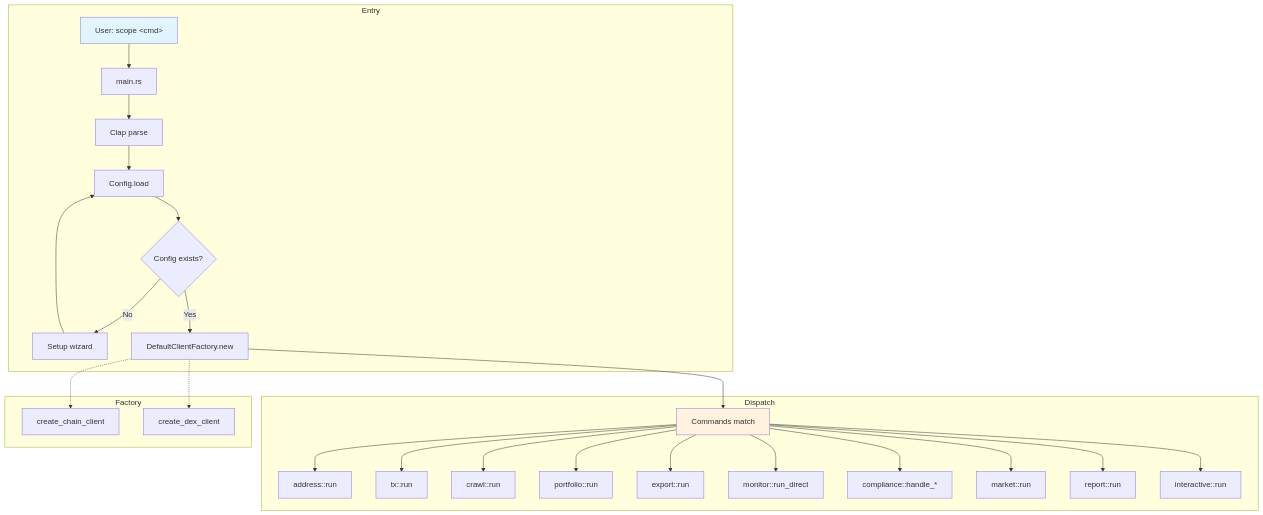
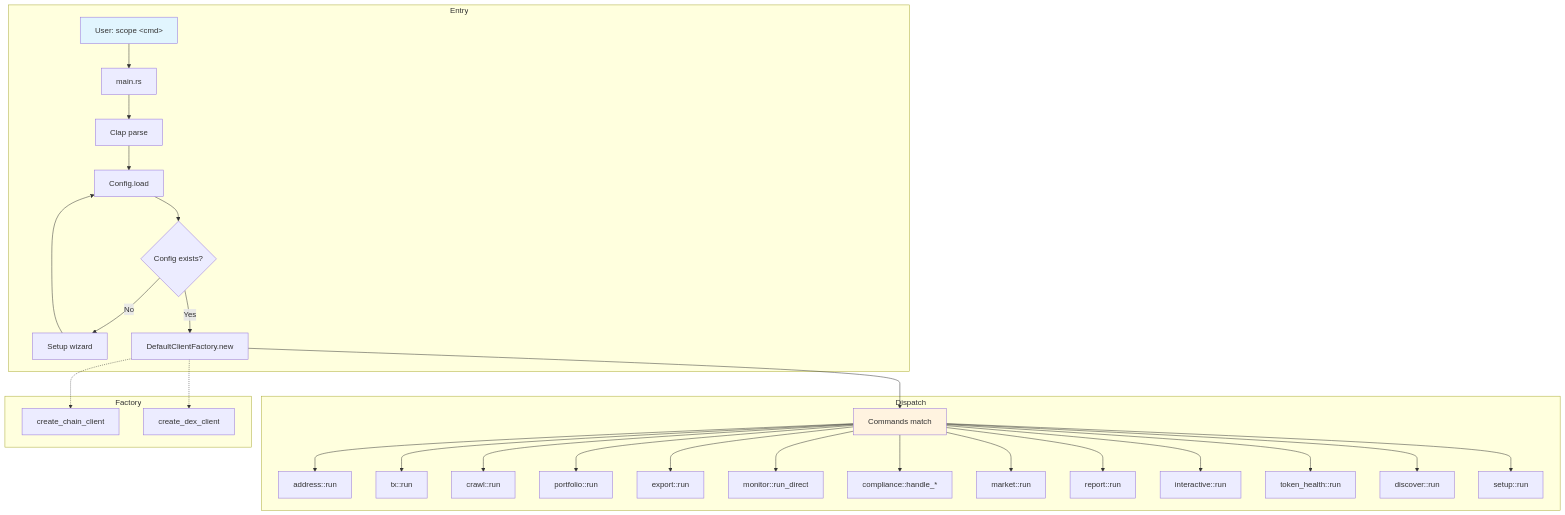
One commit to robot-accomplice/scope-blockchain-analysis changed the diagram in docs/architecture/dataflow-main.md. Above: the diagram before and after it, drawn with Mermaid. The commit also changed 33 other files, not shown here.

````diff
--- a/docs/architecture/dataflow-main.md
+++ b/docs/architecture/dataflow-main.md
@@ -5,34 +5,37 @@
 ```mermaid
 flowchart TB
     subgraph Entry
         A[User: scope &lt;cmd&gt;] --> B[main.rs]
         B --> C[Clap parse]
         C --> D[Config.load]
         D --> E{Config exists?}
         E -->|No| F[Setup wizard]
         F --> D
         E -->|Yes| G[DefaultClientFactory.new]
     end
 
     subgraph Dispatch
         G --> H[Commands match]
         H --> I1[address::run]
         H --> I2[tx::run]
         H --> I3[crawl::run]
         H --> I4[portfolio::run]
         H --> I5[export::run]
         H --> I6[monitor::run_direct]
         H --> I7[compliance::handle_*]
         H --> I8[market::run]
         H --> I9[report::run]
         H --> I10[interactive::run]
+        H --> I11[token_health::run]
+        H --> I12[discover::run]
+        H --> I13[setup::run]
     end
 
     subgraph Factory
         G -.-> J[create_chain_client]
         G -.-> K[create_dex_client]
     end
 
     style A fill:#e1f5fe
     style H fill:#fff3e0
 ```
````
